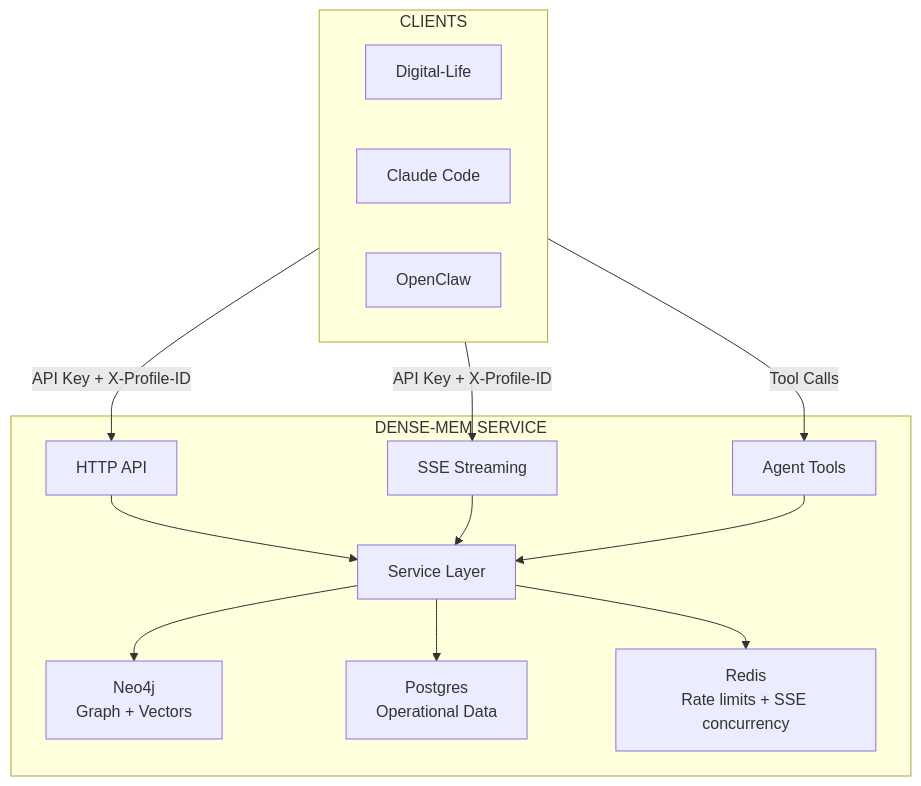
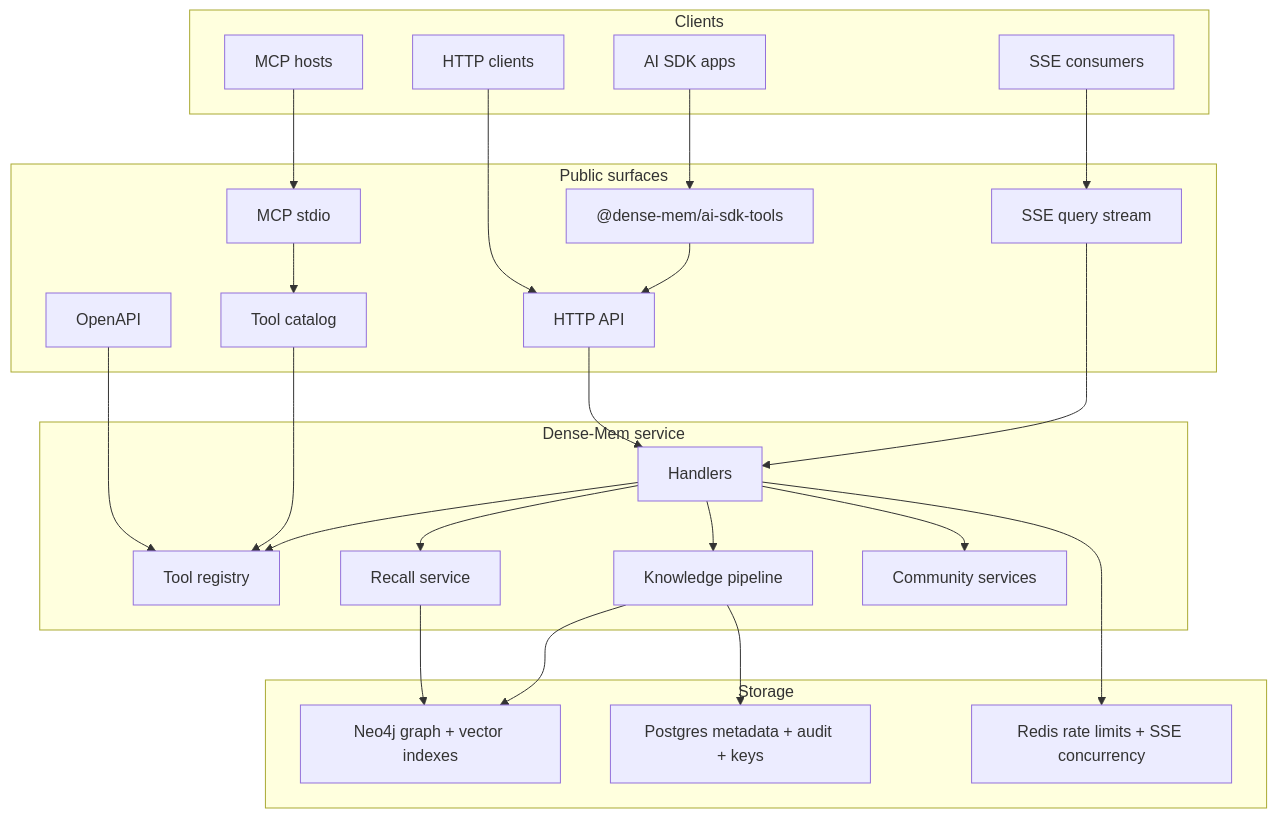
Before and after one commit to Z-M-Huang/dense-mem: the second of 6 diagrams in README.md, drawn with Mermaid. The commit also changed other lines of this file and 109 other files, not shown here.

Commit message:
reset runtime and schema to profile-bound model

````diff
--- a/README.md
+++ b/README.md
@@ -15,32 +50,53 @@
 ```mermaid
 flowchart TB
-    subgraph Clients["CLIENTS"]
-        DL["Digital-Life"]
-        CC["Claude Code"]
-        OC["OpenClaw"]
+    subgraph Clients["Clients"]
+        HTTPClient["HTTP clients"]
+        SSEClient["SSE consumers"]
+        MCPClient["MCP hosts"]
+        AISDK["AI SDK apps"]
     end
 
-    subgraph DenseMem["DENSE-MEM SERVICE"]
+    subgraph Surfaces["Public surfaces"]
         HTTP["HTTP API"]
-        SSE["SSE Streaming"]
-        Tools["Agent Tools"]
-        
-        Services["Service Layer"]
-        
-        Neo4j["Neo4j<br/>Graph + Vectors"]
-        Pg["Postgres<br/>Operational Data"]
-        Redis["Redis<br/>Rate limits + SSE concurrency"]
+        SSE["SSE query stream"]
+        Catalog["Tool catalog"]
+        OpenAPI["OpenAPI"]
+        MCP["MCP stdio"]
+        NPMPkg["@dense-mem/ai-sdk-tools"]
     end
 
-    Clients -->|"API Key + X-Profile-ID"| HTTP
-    Clients -->|"API Key + X-Profile-ID"| SSE
-    Clients -->|"Tool Calls"| Tools
-    
-    HTTP --> Services
-    SSE --> Services
-    Tools --> Services
-    
-    Services --> Neo4j
-    Services --> Pg
-    Services --> Redis
+    subgraph Service["Dense-Mem service"]
+        Handlers["Handlers"]
+        Registry["Tool registry"]
+        RecallSvc["Recall service"]
+        Pipeline["Knowledge pipeline"]
+        Communities["Community services"]
+    end
+
+    subgraph Storage["Storage"]
+        Neo4j["Neo4j graph + vector indexes"]
+        Postgres["Postgres metadata + audit + keys"]
+        Redis["Redis rate limits + SSE concurrency"]
+    end
+
+    HTTPClient --> HTTP
+    SSEClient --> SSE
+    MCPClient --> MCP
+    AISDK --> NPMPkg
+
+    NPMPkg --> HTTP
+    MCP --> Catalog
+    OpenAPI --> Registry
+    Catalog --> Registry
+    HTTP --> Handlers
+    SSE --> Handlers
+    Handlers --> Registry
+    Handlers --> RecallSvc
+    Handlers --> Pipeline
+    Handlers --> Communities
+
+    RecallSvc --> Neo4j
+    Pipeline --> Neo4j
+    Pipeline --> Postgres
+    Handlers --> Redis
 ```
````
